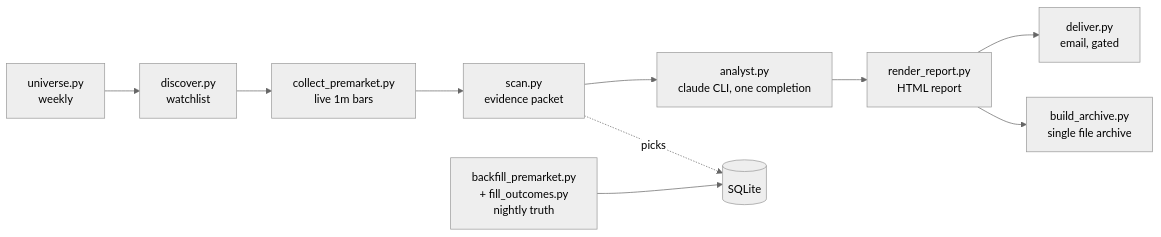
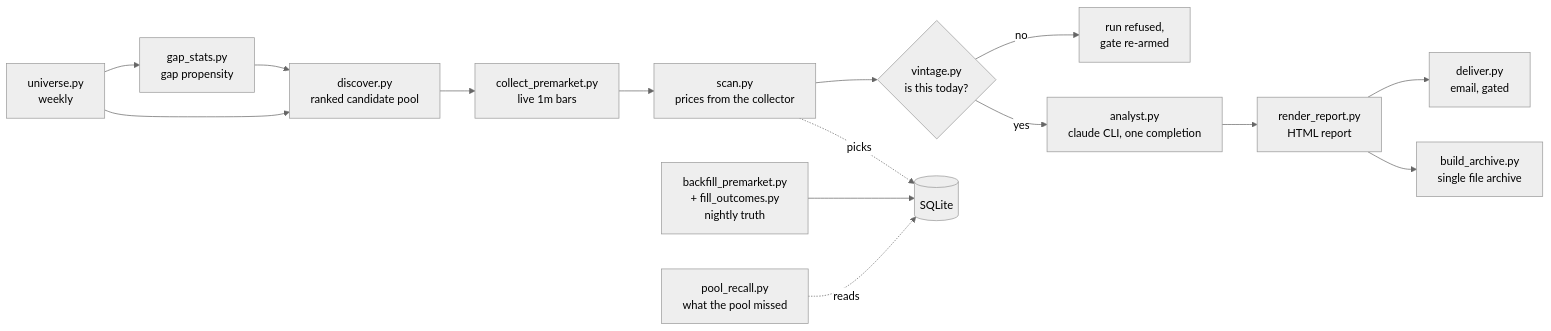
Before and after one commit to masalasev-ops/PremarketDesk: the diagram in README.md, drawn with Mermaid (neutral theme). The commit also changed other lines of this file and 15 other files, not shown here.

````diff
--- a/README.md
+++ b/README.md
@@ -50,12 +50,17 @@
 ```mermaid
 flowchart LR
-    U[universe.py<br>weekly] --> D[discover.py<br>watchlist]
+    U[universe.py<br>weekly] --> G[gap_stats.py<br>gap propensity]
+    G --> D[discover.py<br>ranked candidate pool]
+    U --> D
     D --> C[collect_premarket.py<br>live 1m bars]
-    C --> S[scan.py<br>evidence packet]
-    S --> A[analyst.py<br>claude CLI, one completion]
+    C --> S[scan.py<br>prices from the collector]
+    S --> X{vintage.py<br>is this today?}
+    X -->|no| STOP[run refused,<br>gate re-armed]
+    X -->|yes| A[analyst.py<br>claude CLI, one completion]
     A --> R[render_report.py<br>HTML report]
     R --> V[deliver.py<br>email, gated]
     R --> W[build_archive.py<br>single file archive]
     S -. picks .-> B[(SQLite)]
     N[backfill_premarket.py<br>+ fill_outcomes.py<br>nightly truth] --> B
+    P[pool_recall.py<br>what the pool missed] -. reads .-> B
 ```
````
